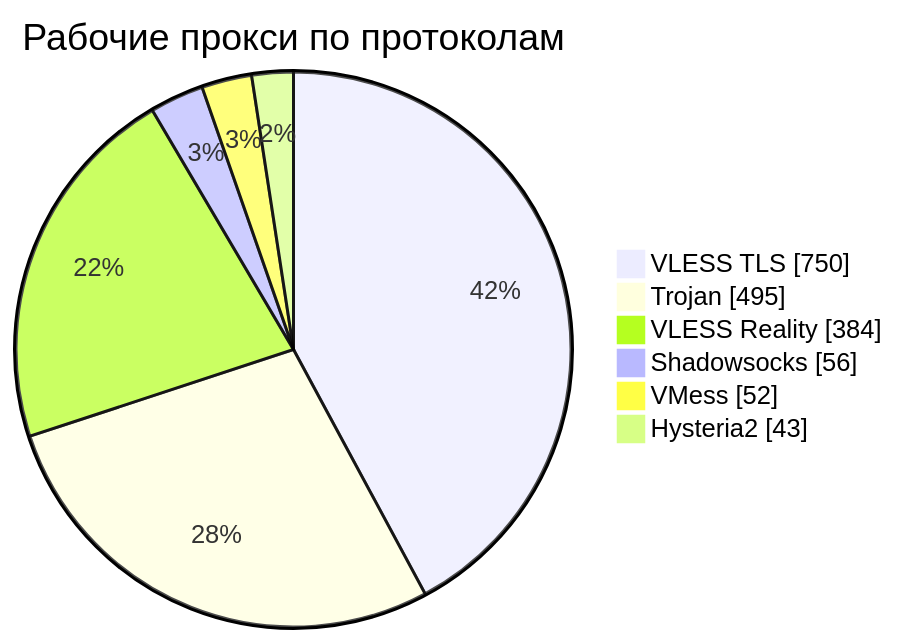
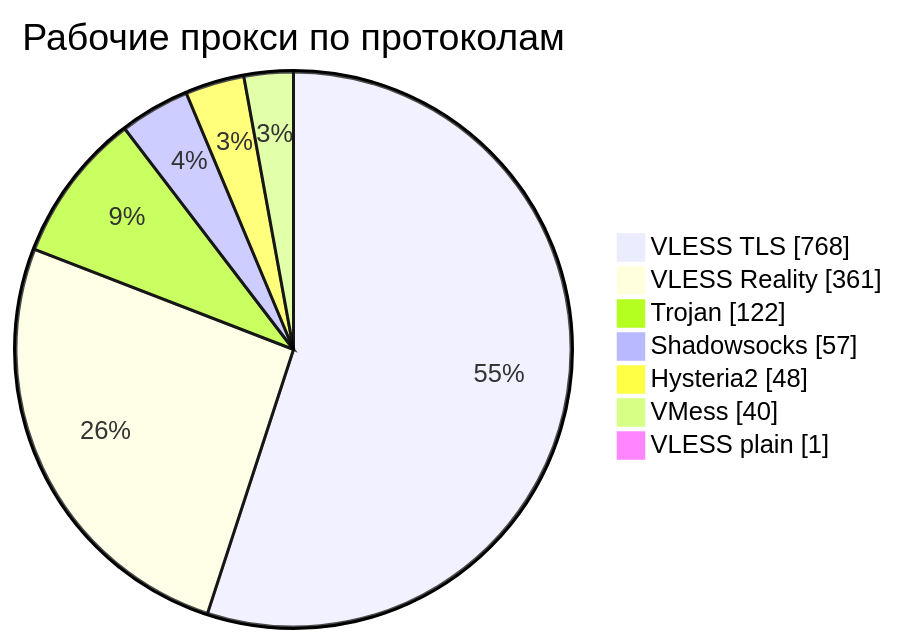
Before and after one commit to rvvg/proxy-subs: the third of 4 diagrams in README.md, drawn with Mermaid. The commit also changed other lines of this file and 51 other files, not shown here.

````diff
--- a/README.md
+++ b/README.md
@@ -136,10 +136,11 @@
 ```mermaid
 pie showData
     title Рабочие прокси по протоколам
-    "VLESS TLS" : 750
-    "Trojan" : 495
-    "VLESS Reality" : 384
-    "Shadowsocks" : 56
-    "VMess" : 52
-    "Hysteria2" : 43
+    "VLESS TLS" : 768
+    "VLESS Reality" : 361
+    "Trojan" : 122
+    "Shadowsocks" : 57
+    "Hysteria2" : 48
+    "VMess" : 40
+    "VLESS plain" : 1
 ```
````
